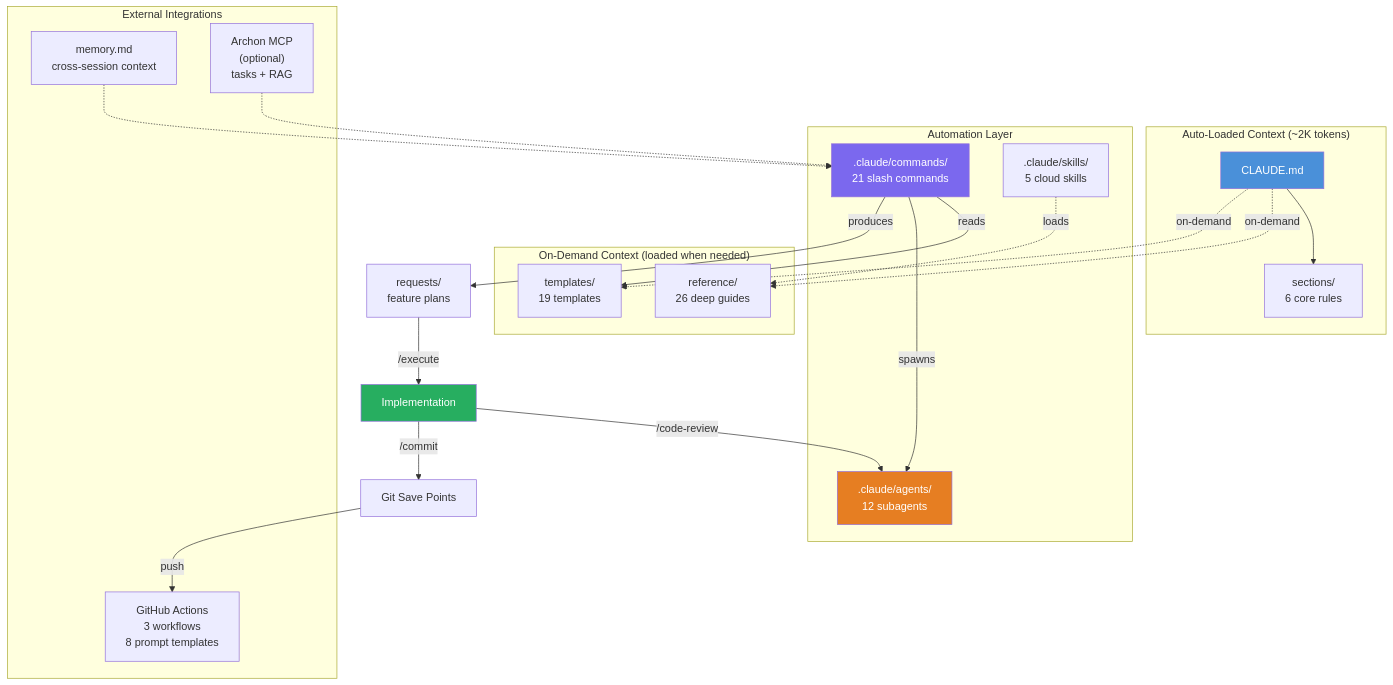
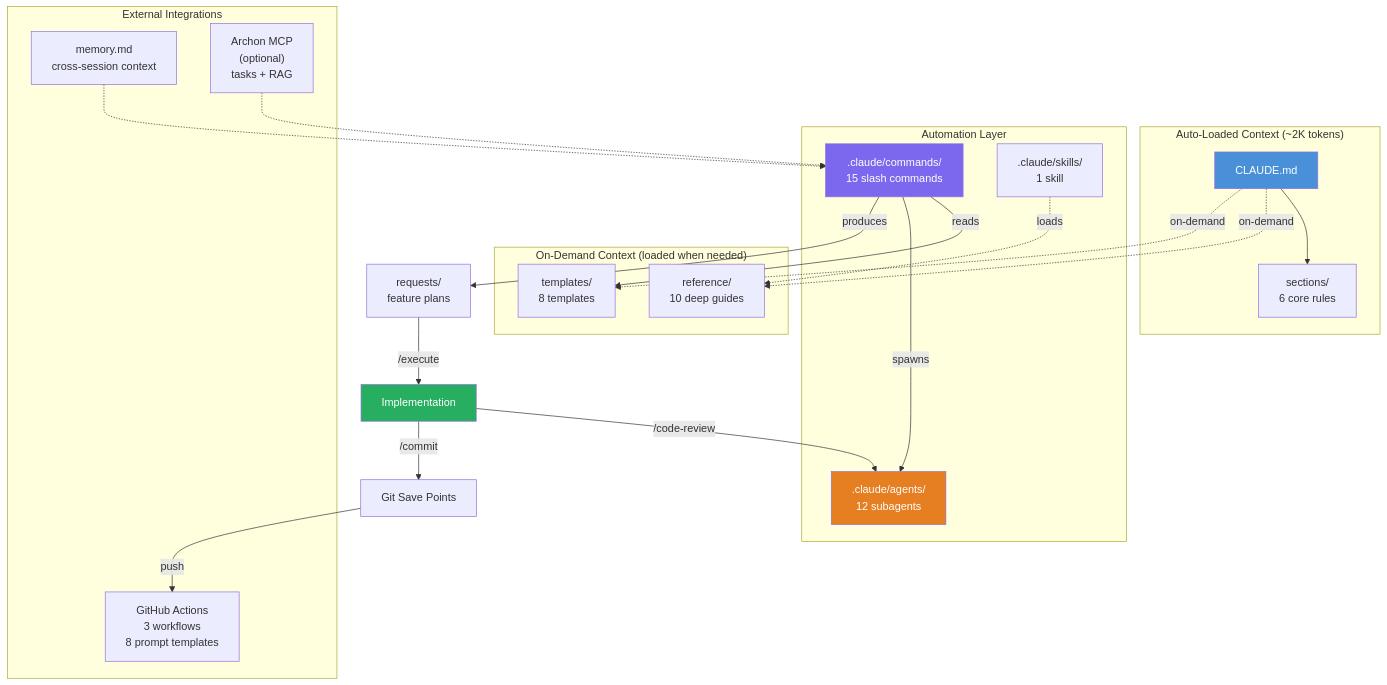
Before and after one commit to ryanjosebrosas/original-coding-system-claude: the third of 8 diagrams in README.md, drawn with Mermaid. The commit also changed other lines of this file, not shown here.

````diff
--- a/README.md
+++ b/README.md
@@ -127,41 +147,41 @@
 ```mermaid
 graph TD
     subgraph "Auto-Loaded Context (~2K tokens)"
         CLAUDE["CLAUDE.md"] --> S["sections/<br/>6 core rules"]
     end
 
     subgraph "On-Demand Context (loaded when needed)"
-        R["reference/<br/>26 deep guides"]
-        T["templates/<br/>19 templates"]
+        R["reference/<br/>10 deep guides"]
+        T["templates/<br/>8 templates"]
     end
 
     subgraph "Automation Layer"
-        CMD[".claude/commands/<br/>21 slash commands"]
+        CMD[".claude/commands/<br/>15 slash commands"]
         AG[".claude/agents/<br/>12 subagents"]
-        SK[".claude/skills/<br/>5 cloud skills"]
+        SK[".claude/skills/<br/>1 skill"]
     end
 
     subgraph "External Integrations"
         MEM["memory.md<br/>cross-session context"]
         ARCHON["Archon MCP<br/>(optional)<br/>tasks + RAG"]
         GH["GitHub Actions<br/>3 workflows<br/>8 prompt templates"]
     end
 
     CLAUDE -.->|"on-demand"| R
     CLAUDE -.->|"on-demand"| T
     CMD -->|"reads"| T
     CMD -->|"spawns"| AG
     SK -.->|"loads"| R
     MEM -.-> CMD
     ARCHON -.-> CMD
     CMD -->|"produces"| REQ["requests/<br/>feature plans"]
     REQ -->|"/execute"| IMPL["Implementation"]
     IMPL -->|"/code-review"| AG
     IMPL -->|"/commit"| GIT["Git Save Points"]
     GIT -->|"push"| GH
 
     style CLAUDE fill:#4a90d9,color:#fff
     style CMD fill:#7b68ee,color:#fff
     style AG fill:#e67e22,color:#fff
     style IMPL fill:#27ae60,color:#fff
 ```
````
